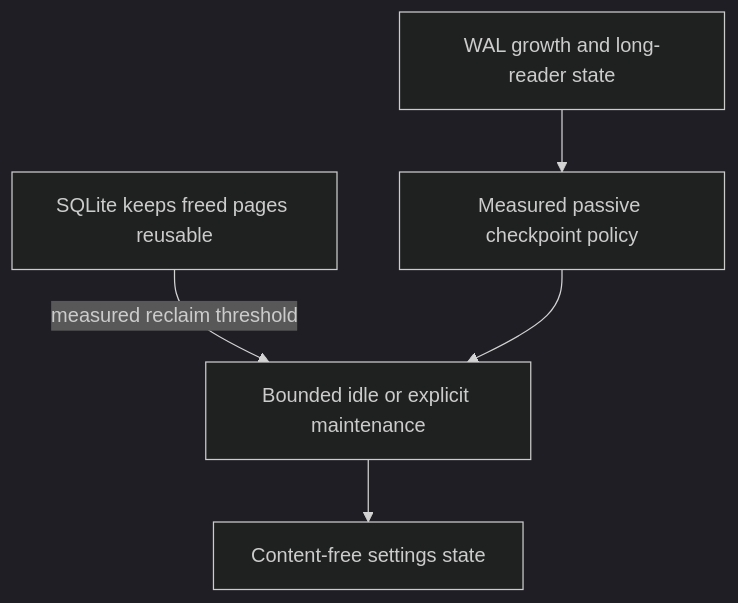
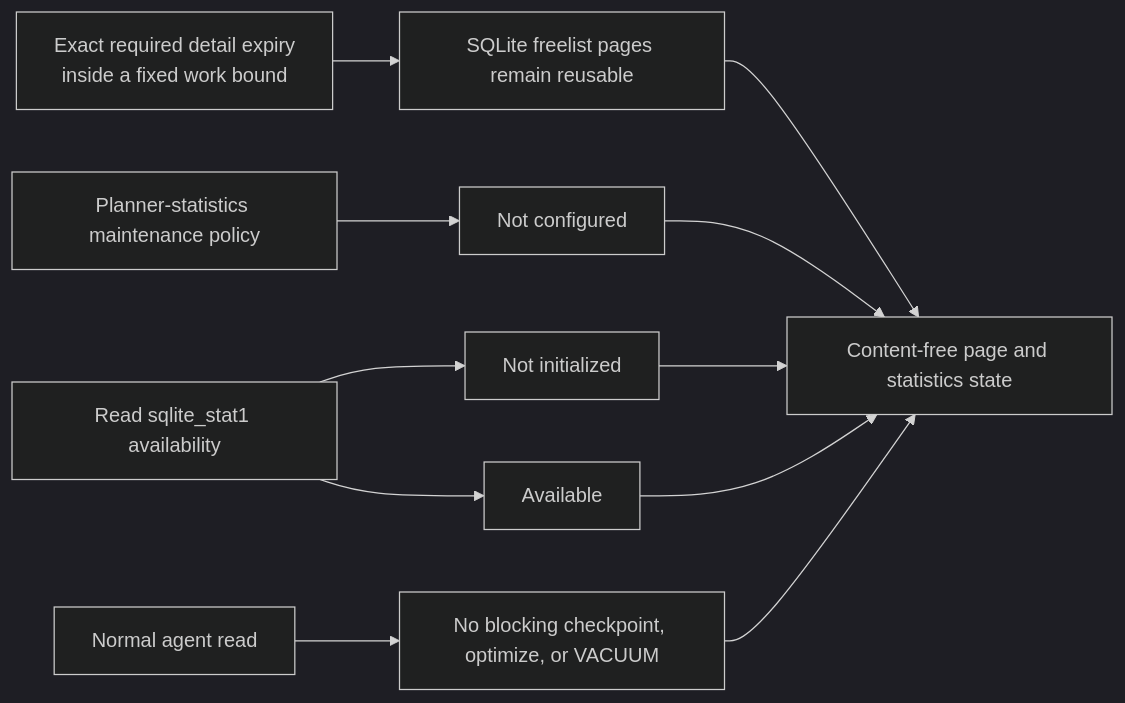
Before and after one commit to styler-ai/ProjectAtlas: diagram 14 of 16 in docs/projectatlas-3-architecture.md, drawn with Mermaid (dark theme). The commit also changed other lines of this file and 16 other files, not shown here.

````diff
--- a/docs/projectatlas-3-architecture.md
+++ b/docs/projectatlas-3-architecture.md
@@ -884,7 +1038,13 @@
 ```mermaid
-flowchart TB
-    WAL[WAL growth and long-reader state] --> Checkpoint[Measured passive checkpoint policy]
-    Reuse[SQLite keeps freed pages reusable] -->|measured reclaim threshold| Maintenance[Bounded idle or explicit maintenance]
-    Checkpoint --> Maintenance
-    Maintenance --> State[Content-free settings state]
+flowchart LR
+    Delete[Exact required detail expiry<br/>inside a fixed work bound] --> Reuse[SQLite freelist pages remain reusable]
+    Reuse --> State[Content-free page and statistics state]
+    Policy[Planner-statistics maintenance policy] --> NotConfigured[Not configured]
+    NotConfigured --> State
+    Stats[Read sqlite_stat1 availability] --> NotInitialized[Not initialized]
+    Stats --> Available[Available]
+    NotInitialized --> State
+    Available --> State
+    Normal[Normal agent read] --> NoReclaim[No blocking checkpoint, optimize, or VACUUM]
+    NoReclaim --> State
 ```
````
